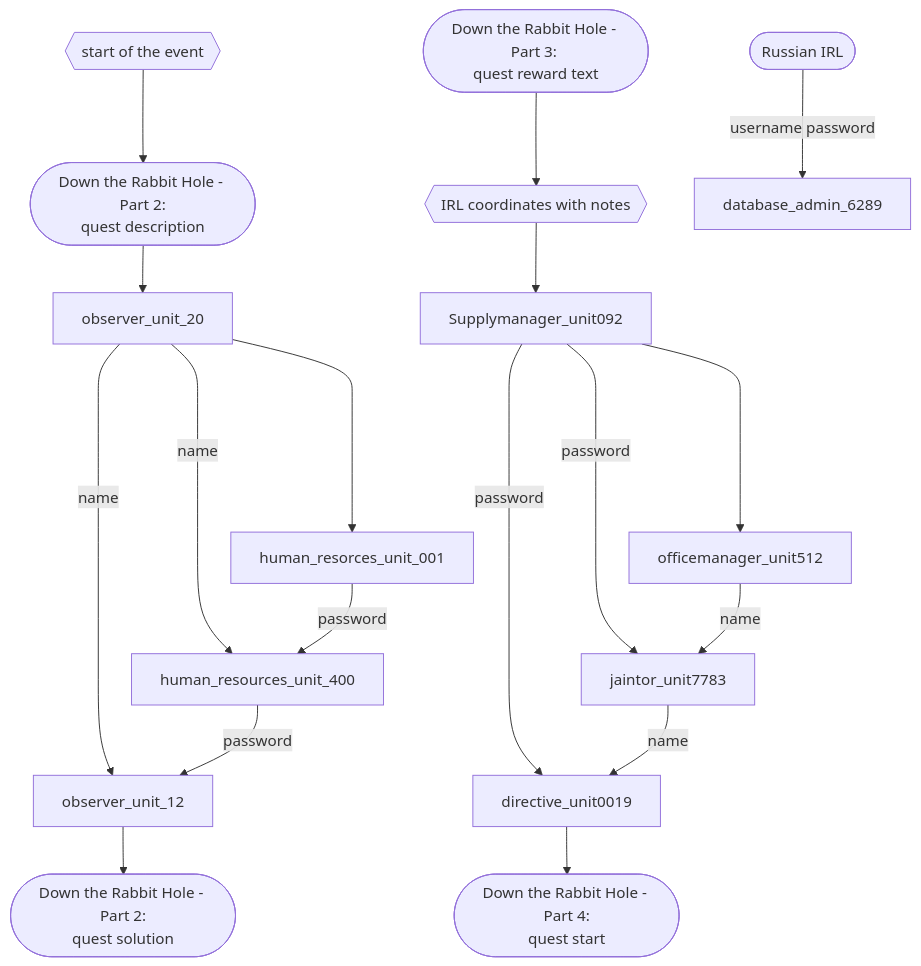
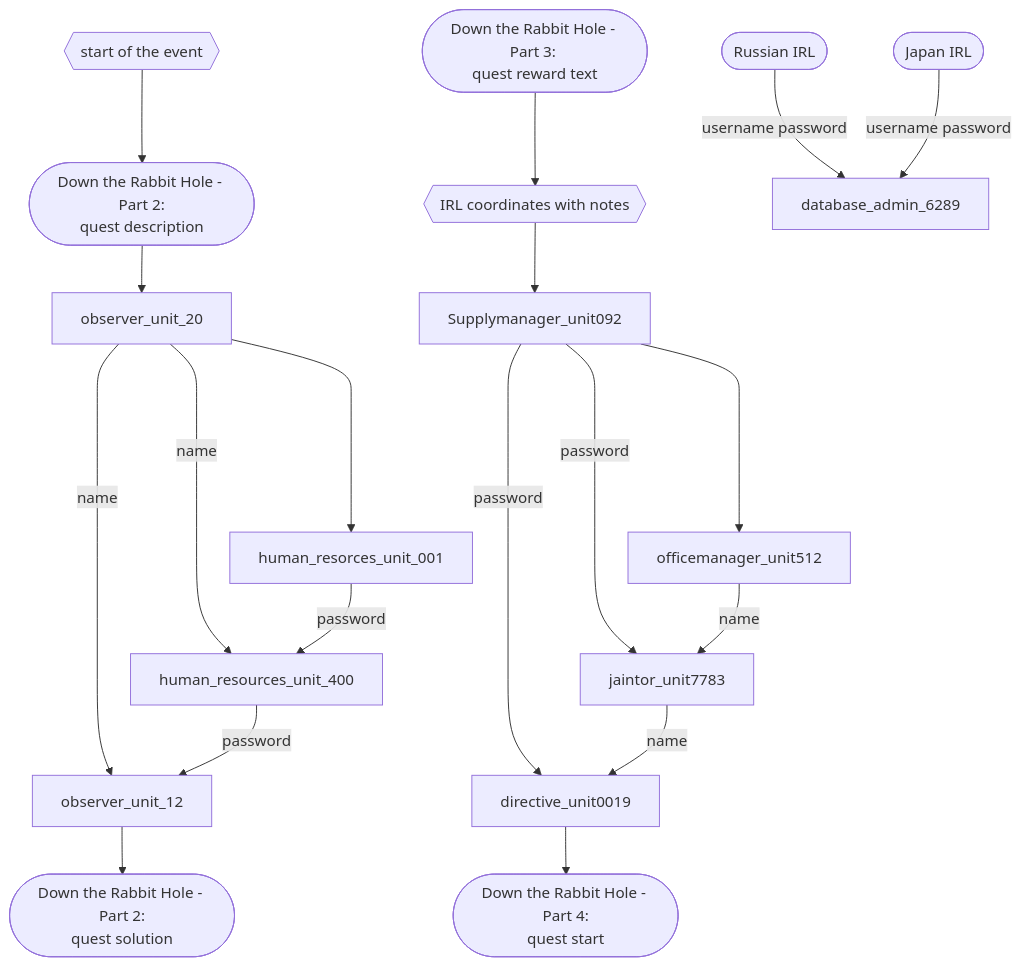
One commit to 3ncy/ARRS-s5 changed the diagram in README.md. Above: the diagram before and after it, drawn with Mermaid.

````diff
--- a/README.md
+++ b/README.md
@@ -17,26 +17,27 @@
 ```mermaid
 graph TD;
     start{{start of the event}} --> quest2-desc(["Down the Rabbit Hole - Part 2:
 quest description"]);
     quest2-desc --> observer_unit_20;
     observer_unit_20 --name--> observer_unit_12;
     observer_unit_20 --name--> human_resources_unit_400;
     observer_unit_20 ----> human_resorces_unit_001;
     human_resorces_unit_001 --password--> human_resources_unit_400;
     human_resources_unit_400 --password--> observer_unit_12;
     observer_unit_12 --> quest2-sol(["Down the Rabbit Hole - Part 2:
 quest solution"]);
 
     quest3(["Down the Rabbit Hole - Part 3: 
 quest reward text"]) --> irl{{IRL coordinates with notes}};
     irl --> Supplymanager_unit092;
     Supplymanager_unit092 ----> officemanager_unit512;
     Supplymanager_unit092 --password--> jaintor_unit7783;
     Supplymanager_unit092 --password--> directive_unit0019;
     officemanager_unit512 --name--> jaintor_unit7783;
     jaintor_unit7783 --name--> directive_unit0019;
     directive_unit0019 --> quest4(["Down the Rabbit Hole - Part 4:
 quest start"]);
 
-    irl2(["Russian IRL"]) --username password--> database_admin_6289
+    irlru(["Russian IRL"]) --username password--> database_admin_6289
+    irlja(["Japan IRL"]) --username password--> database_admin_6289
 ```
````
